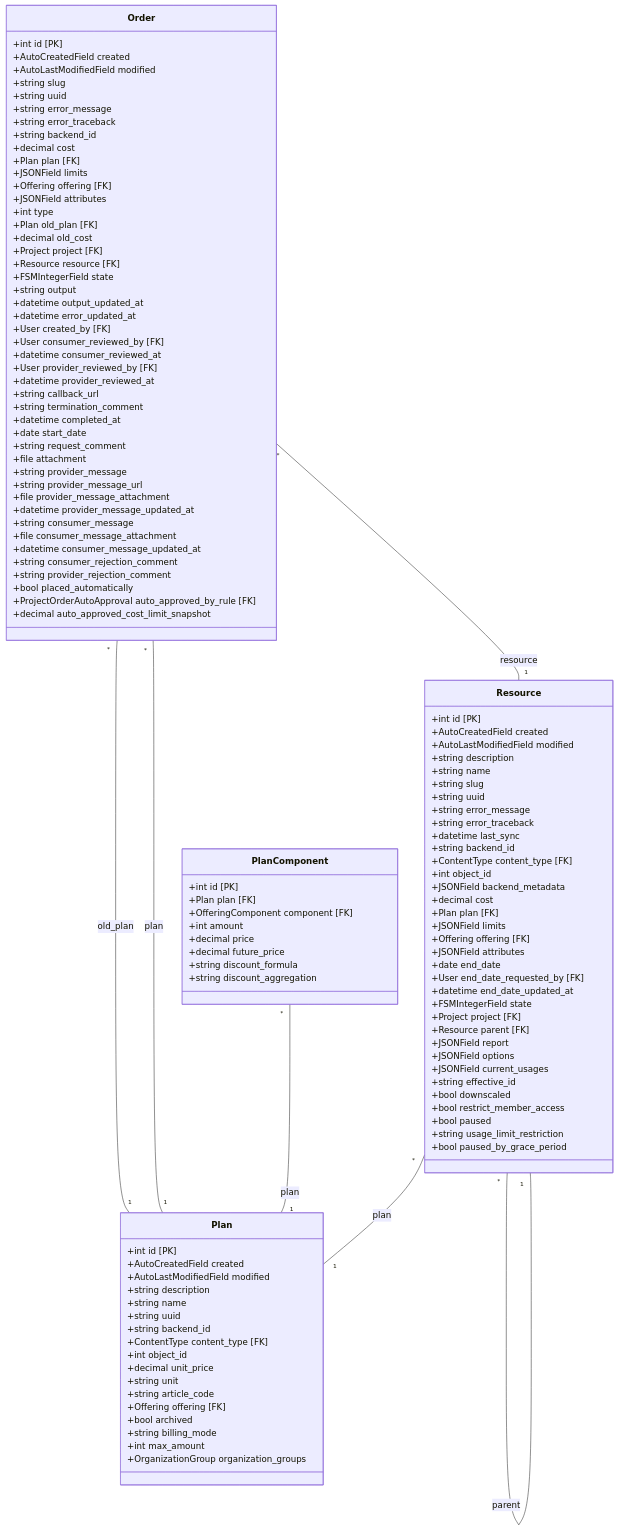
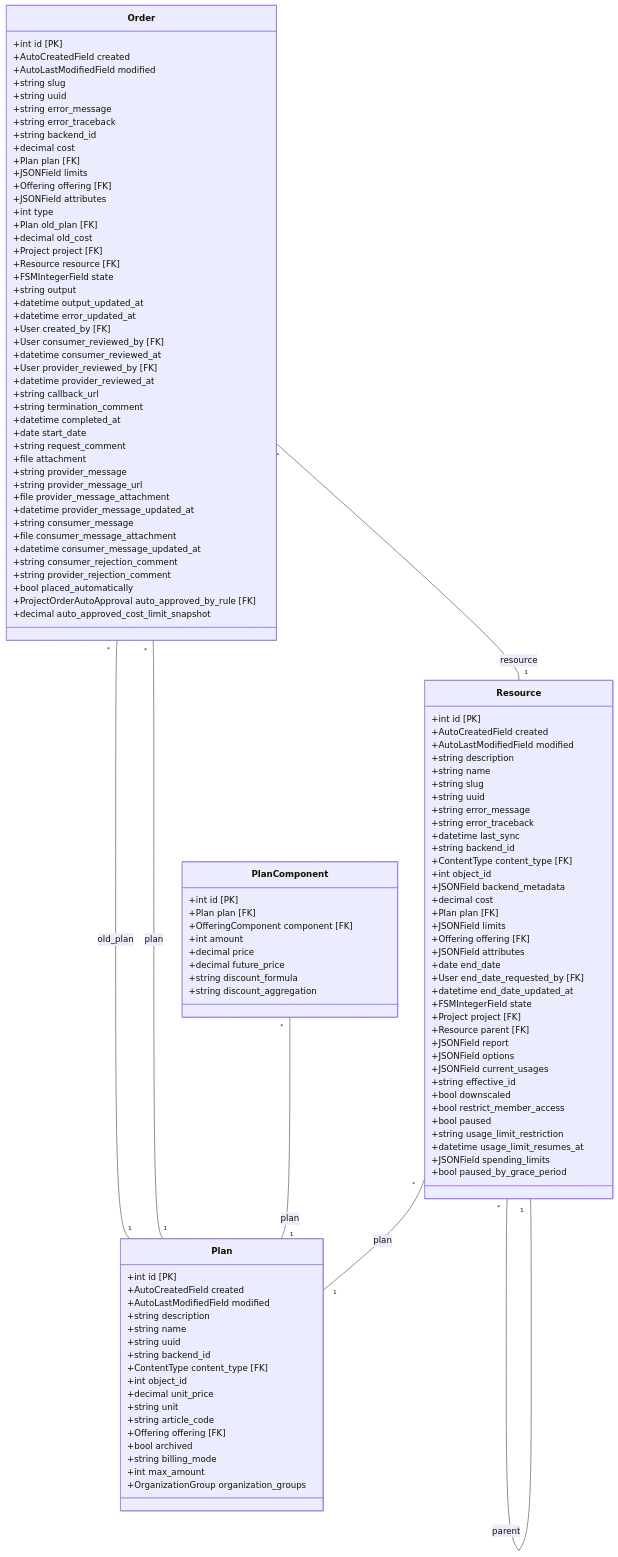
The diagram in docs/developer-guide/marketplace_provision.mmd (waldur/waldur-docs), drawn with Mermaid before and after one commit. The commit also changed 49 other files, not shown here.

```diff
--- a/docs/developer-guide/marketplace_provision.mmd
+++ b/docs/developer-guide/marketplace_provision.mmd
@@ -1,120 +1,122 @@
 classDiagram
     direction TB
     class Plan {
         +int id [PK]
         +AutoCreatedField created
         +AutoLastModifiedField modified
         +string description
         +string name
         +string uuid
         +string backend_id
         +ContentType content_type [FK]
         +int object_id
         +decimal unit_price
         +string unit
         +string article_code
         +Offering offering [FK]
         +bool archived
         +string billing_mode
         +int max_amount
         +OrganizationGroup organization_groups
     }
     class PlanComponent {
         +int id [PK]
         +Plan plan [FK]
         +OfferingComponent component [FK]
         +int amount
         +decimal price
         +decimal future_price
         +string discount_formula
         +string discount_aggregation
     }
     class Resource {
         +int id [PK]
         +AutoCreatedField created
         +AutoLastModifiedField modified
         +string description
         +string name
         +string slug
         +string uuid
         +string error_message
         +string error_traceback
         +datetime last_sync
         +string backend_id
         +ContentType content_type [FK]
         +int object_id
         +JSONField backend_metadata
         +decimal cost
         +Plan plan [FK]
         +JSONField limits
         +Offering offering [FK]
         +JSONField attributes
         +date end_date
         +User end_date_requested_by [FK]
         +datetime end_date_updated_at
         +FSMIntegerField state
         +Project project [FK]
         +Resource parent [FK]
         +JSONField report
         +JSONField options
         +JSONField current_usages
         +string effective_id
         +bool downscaled
         +bool restrict_member_access
         +bool paused
         +string usage_limit_restriction
+        +datetime usage_limit_resumes_at
+        +JSONField spending_limits
         +bool paused_by_grace_period
     }
     class Order {
         +int id [PK]
         +AutoCreatedField created
         +AutoLastModifiedField modified
         +string slug
         +string uuid
         +string error_message
         +string error_traceback
         +string backend_id
         +decimal cost
         +Plan plan [FK]
         +JSONField limits
         +Offering offering [FK]
         +JSONField attributes
         +int type
         +Plan old_plan [FK]
         +decimal old_cost
         +Project project [FK]
         +Resource resource [FK]
         +FSMIntegerField state
         +string output
         +datetime output_updated_at
         +datetime error_updated_at
         +User created_by [FK]
         +User consumer_reviewed_by [FK]
         +datetime consumer_reviewed_at
         +User provider_reviewed_by [FK]
         +datetime provider_reviewed_at
         +string callback_url
         +string termination_comment
         +datetime completed_at
         +date start_date
         +string request_comment
         +file attachment
         +string provider_message
         +string provider_message_url
         +file provider_message_attachment
         +datetime provider_message_updated_at
         +string consumer_message
         +file consumer_message_attachment
         +datetime consumer_message_updated_at
         +string consumer_rejection_comment
         +string provider_rejection_comment
         +bool placed_automatically
         +ProjectOrderAutoApproval auto_approved_by_rule [FK]
         +decimal auto_approved_cost_limit_snapshot
     }
     Order "*" -- "1" Plan : old_plan
     Order "*" -- "1" Plan : plan
     Order "*" -- "1" Resource : resource
     PlanComponent "*" -- "1" Plan : plan
     Resource "*" -- "1" Plan : plan
     Resource "*" -- "1" Resource : parent
```
